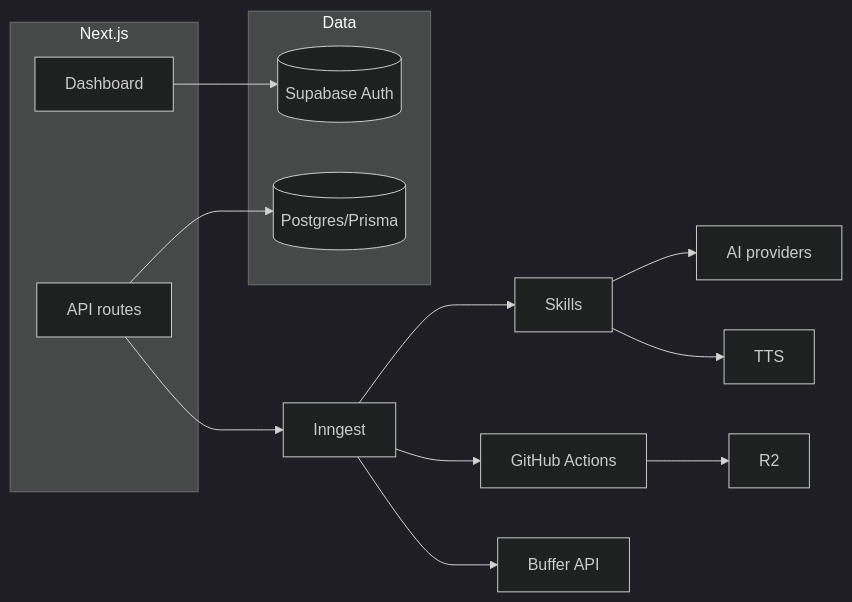
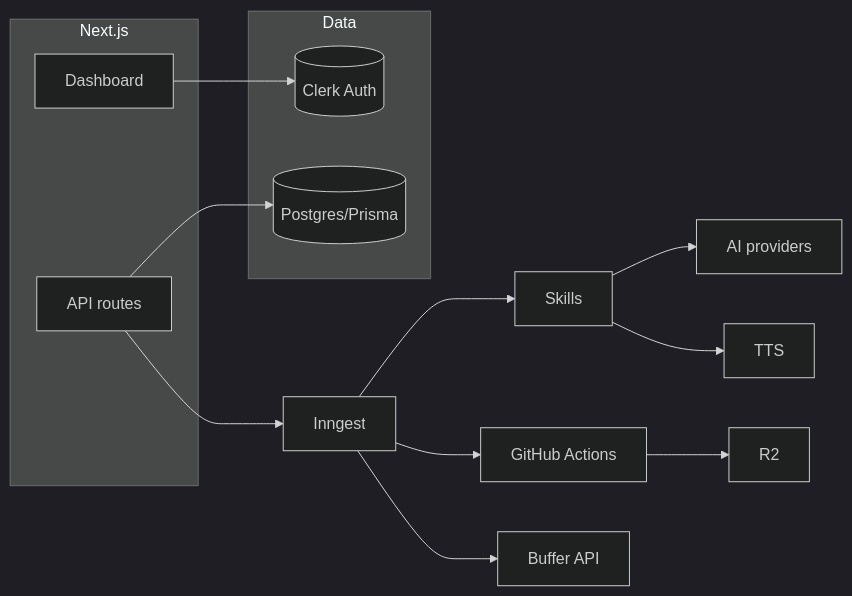
The diagram in README.md (LuigiRaffaeleSianoCanoro/FabricaDeContenido), drawn with Mermaid (dark theme) before and after one commit. The commit also changed other lines of this file and 23 other files, not shown here.

First line of the commit message:
Migrate from Supabase Auth to Clerk and Neon-ready Prisma user IDs.

````diff
--- a/README.md
+++ b/README.md
@@ -17,20 +19,20 @@
 ```mermaid
 flowchart LR
   subgraph web [Next.js]
     UI[Dashboard]
     API[API routes]
   end
   subgraph data [Data]
-    SB[(Supabase Auth)]
+    Clerk[(Clerk Auth)]
     PG[(Postgres/Prisma)]
   end
-  UI --> SB
+  UI --> Clerk
   API --> PG
   API --> Inngest[Inngest]
   Inngest --> Skills[Skills]
   Skills --> AI[AI providers]
   Skills --> TTS[TTS]
   Inngest --> Vid[GitHub Actions]
   Vid --> R2[R2]
   Inngest --> Buffer[Buffer API]
 ```
````
